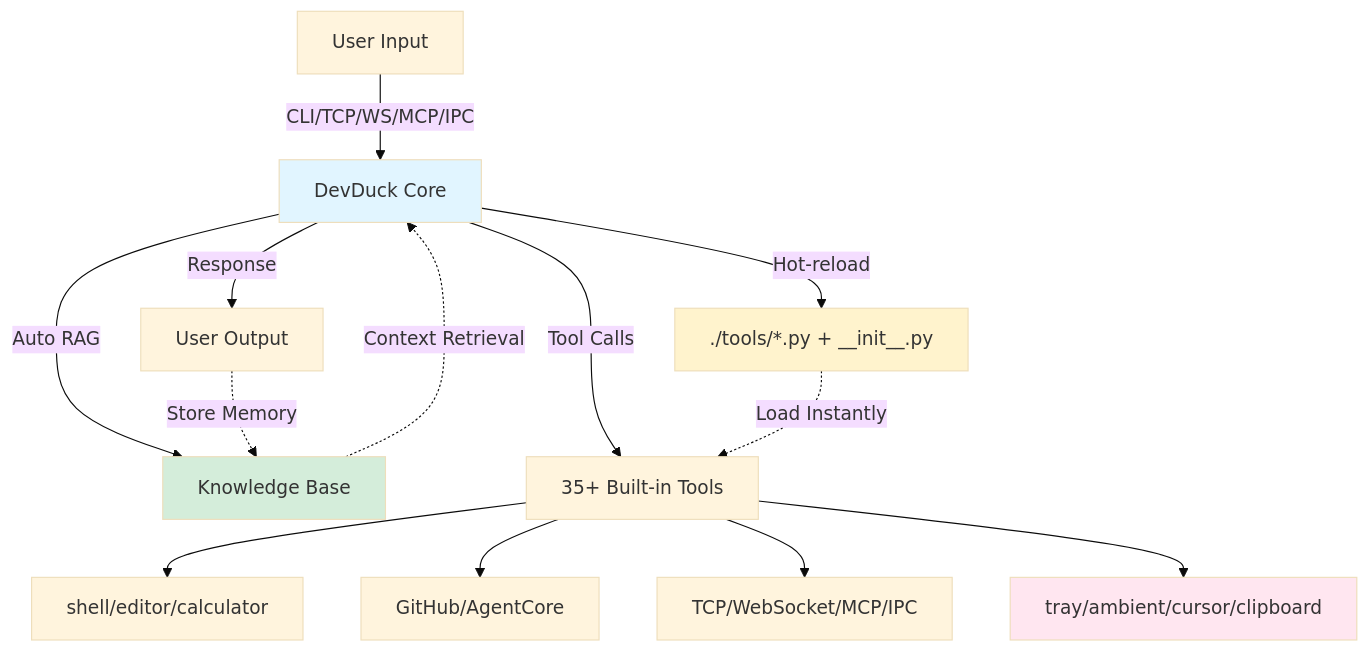
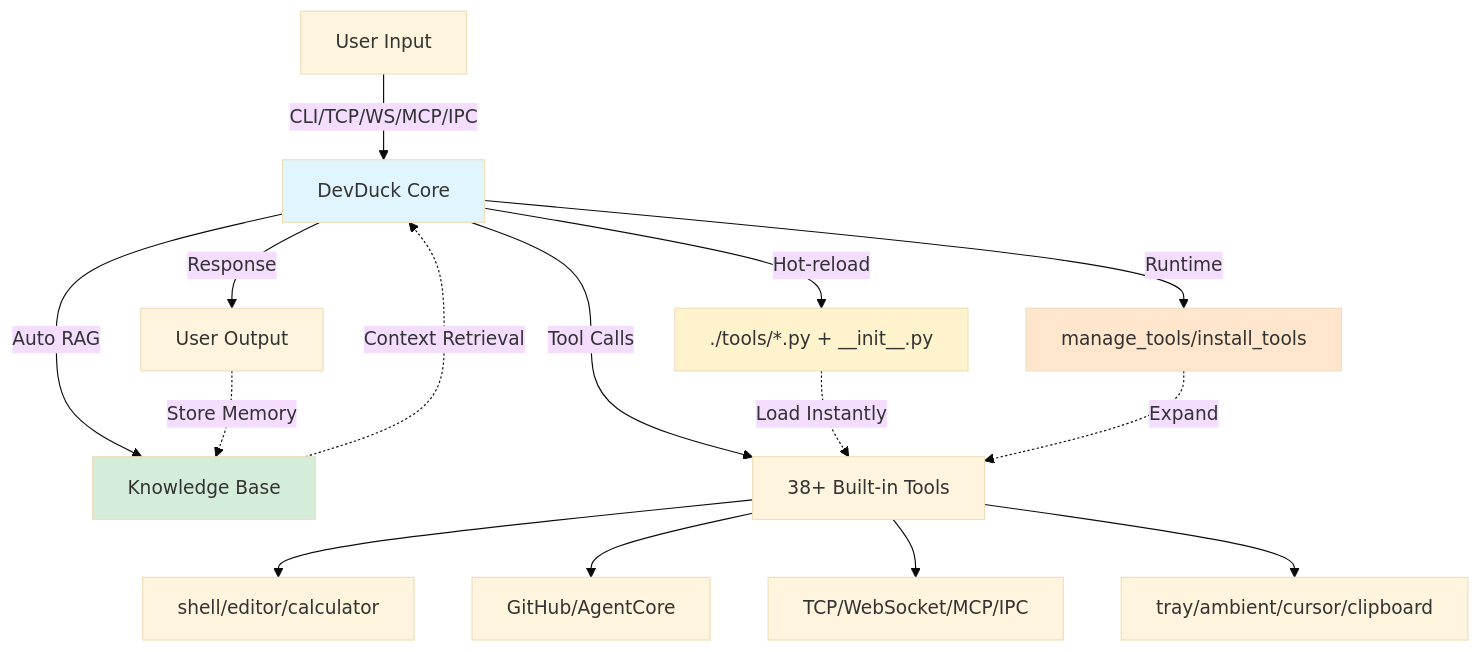
The diagram in README.md (cagataycali/devduck), drawn with Mermaid (base theme) before and after one commit. The commit also changed other lines of this file and 1 other file, not shown here.

````diff
--- a/README.md
+++ b/README.md
@@ -77,20 +72,22 @@
 ```mermaid
 graph TB
     A[User Input] -->|CLI/TCP/WS/MCP/IPC| B[DevDuck Core]
     B -->|Auto RAG| C[Knowledge Base]
     C -.->|Context Retrieval| B
-    B -->|Tool Calls| D[35+ Built-in Tools]
+    B -->|Tool Calls| D[38+ Built-in Tools]
     D --> E[shell/editor/calculator]
     D --> F[GitHub/AgentCore]
     D --> G[TCP/WebSocket/MCP/IPC]
     D --> H[tray/ambient/cursor/clipboard]
     B -->|Hot-reload| I[./tools/*.py + __init__.py]
     I -.->|Load Instantly| D
+    B -->|Runtime| K[manage_tools/install_tools]
+    K -.->|Expand| D
     B -->|Response| J[User Output]
     J -.->|Store Memory| C
     
     style B fill:#e1f5ff
     style C fill:#d4edda
     style I fill:#fff3cd
-    style H fill:#ffe6f0
+    style K fill:#ffe6cc
 ```
````
